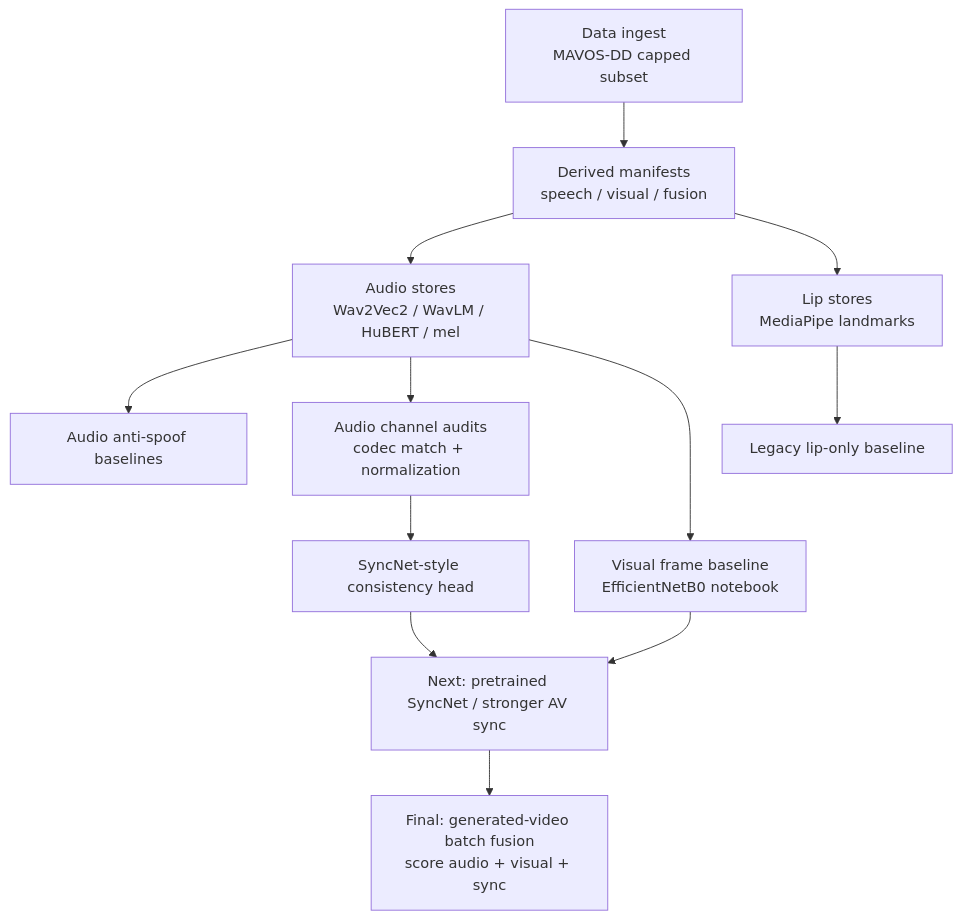
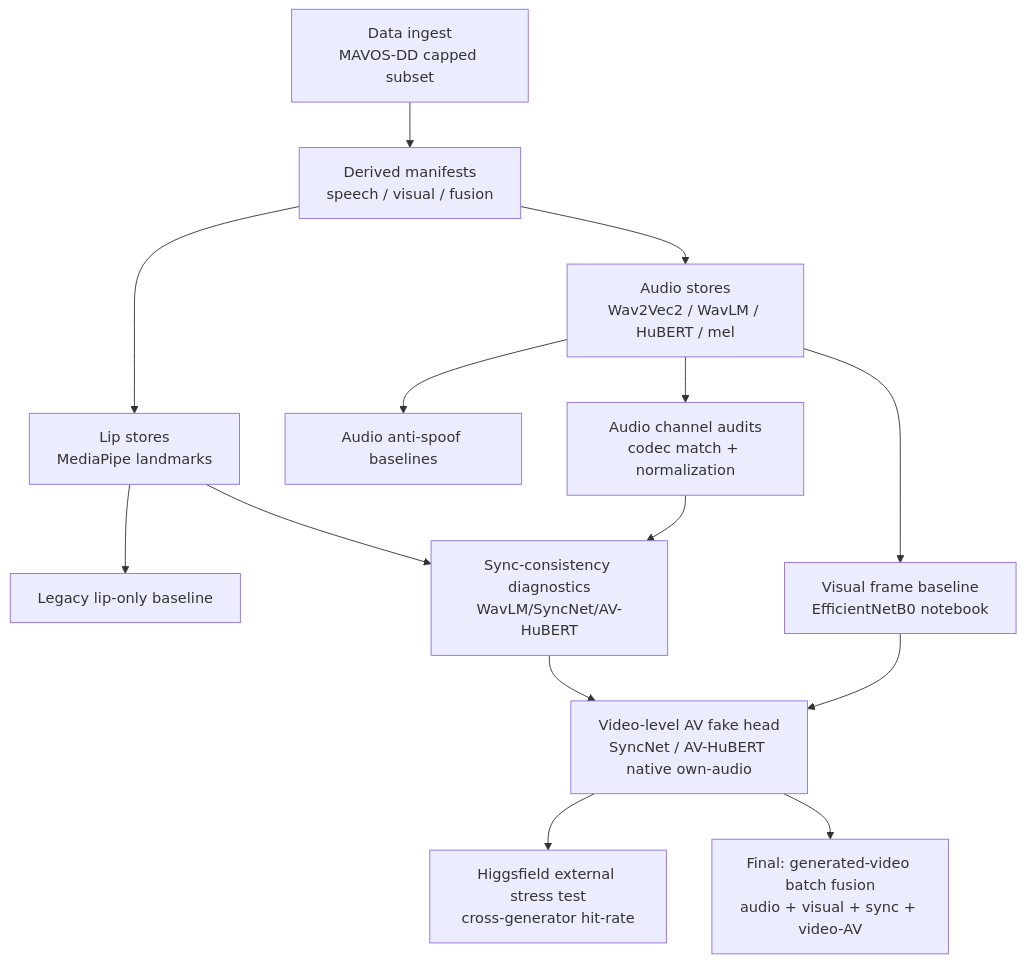
Before and after one commit to Fgram-devAI/mavosdd-audiovisual-deepfake-detection: the diagram in README.md, drawn with Mermaid. The commit also changed other lines of this file and 2 other files, not shown here.

Commit message:
docs(readme): clarify pretrained AV results

````diff
--- a/README.md
+++ b/README.md
@@ -29,14 +35,16 @@
 ```mermaid
 flowchart TD
     A["Data ingest<br/>MAVOS-DD capped subset"] --> B["Derived manifests<br/>speech / visual / fusion"]
     B --> C["Audio stores<br/>Wav2Vec2 / WavLM / HuBERT / mel"]
     B --> D["Lip stores<br/>MediaPipe landmarks"]
     C --> E[Audio anti-spoof baselines]
     D --> F[Legacy lip-only baseline]
     C --> G["Audio channel audits<br/>codec match + normalization"]
-    G --> H[SyncNet-style consistency head]
+    G --> H["Sync-consistency diagnostics<br/>WavLM/SyncNet/AV-HuBERT"]
     C --> I["Visual frame baseline<br/>EfficientNetB0 notebook"]
-    I --> J[Next: pretrained SyncNet / stronger AV sync]
-    H --> J
-    J --> K["Final: generated-video batch fusion<br/>score audio + visual + sync"]
+    D --> H
+    I --> V["Video-level AV fake head<br/>SyncNet / AV-HuBERT native own-audio"]
+    H --> V
+    V --> W["Higgsfield external stress test<br/>cross-generator hit-rate"]
+    V --> K["Final: generated-video batch fusion<br/>audio + visual + sync + video-AV"]
 ```
````
